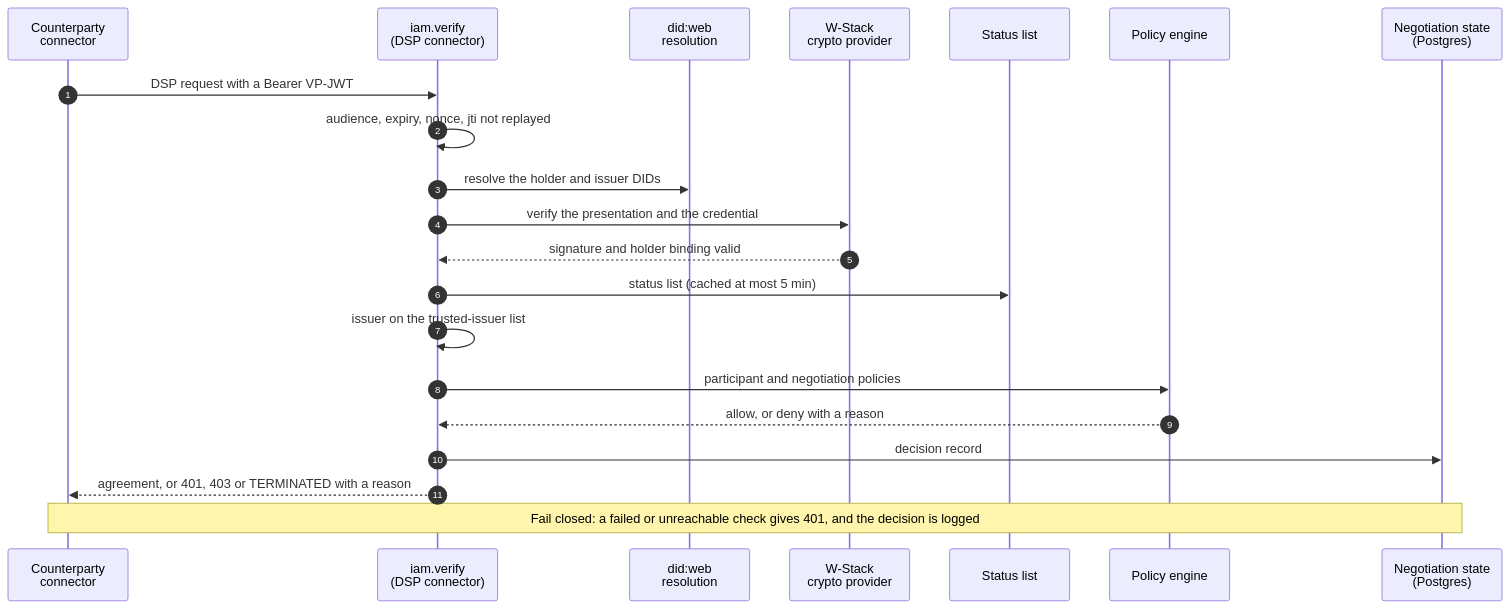
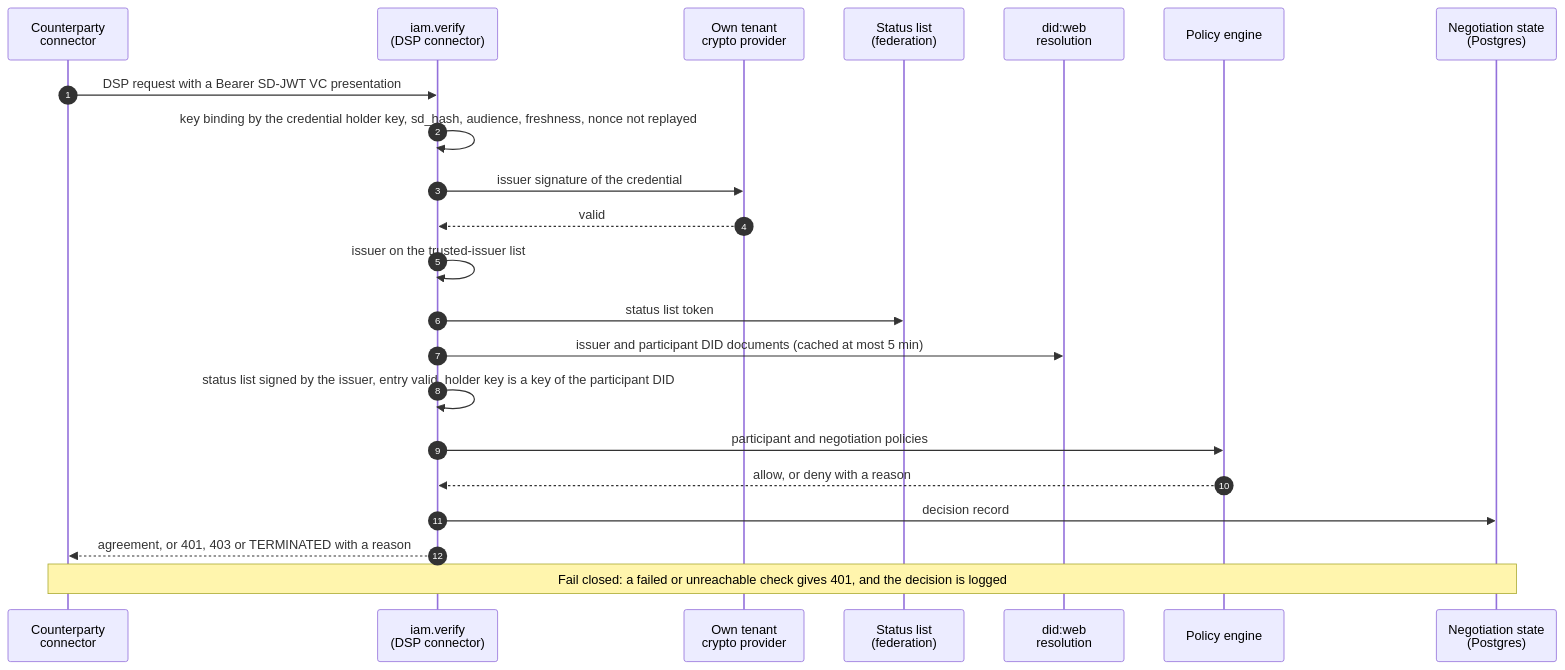
The fifth of 9 diagrams in docs/architecture/icam-flows.md (balessan/facis-fap-iot-ai), drawn with Mermaid before and after one commit. The commit also changed other lines of this file and 9 other files, not shown here.

First line of the commit message:
docs: DSP identity profile, and the participant's wallet in the identity flows

````diff
--- a/docs/architecture/icam-flows.md
+++ b/docs/architecture/icam-flows.md
@@ -167,23 +179,24 @@
 ```mermaid
 sequenceDiagram
   autonumber
   participant CP as Counterparty<br/>connector
   participant VER as iam.verify<br/>(DSP connector)
+  participant CRY as Own tenant<br/>crypto provider
+  participant SL as Status list<br/>(federation)
   participant DID as did:web<br/>resolution
-  participant CRY as W-Stack<br/>crypto provider
-  participant SL as Status list
   participant POL as Policy engine
   participant DB as Negotiation state<br/>(Postgres)
-  CP->>VER: DSP request with a Bearer VP-JWT
-  VER->>VER: audience, expiry, nonce, jti not replayed
-  VER->>DID: resolve the holder and issuer DIDs
-  VER->>CRY: verify the presentation and the credential
-  CRY-->>VER: signature and holder binding valid
-  VER->>SL: status list (cached at most 5 min)
+  CP->>VER: DSP request with a Bearer SD-JWT VC presentation
+  VER->>VER: key binding by the credential holder key, sd_hash, audience, freshness, nonce not replayed
+  VER->>CRY: issuer signature of the credential
+  CRY-->>VER: valid
   VER->>VER: issuer on the trusted-issuer list
+  VER->>SL: status list token
+  VER->>DID: issuer and participant DID documents (cached at most 5 min)
+  VER->>VER: status list signed by the issuer, entry valid, holder key is a key of the participant DID
   VER->>POL: participant and negotiation policies
   POL-->>VER: allow, or deny with a reason
   VER->>DB: decision record
   VER-->>CP: agreement, or 401, 403 or TERMINATED with a reason
   Note over CP,DB: Fail closed: a failed or unreachable check gives 401, and the decision is logged
 ```
````
